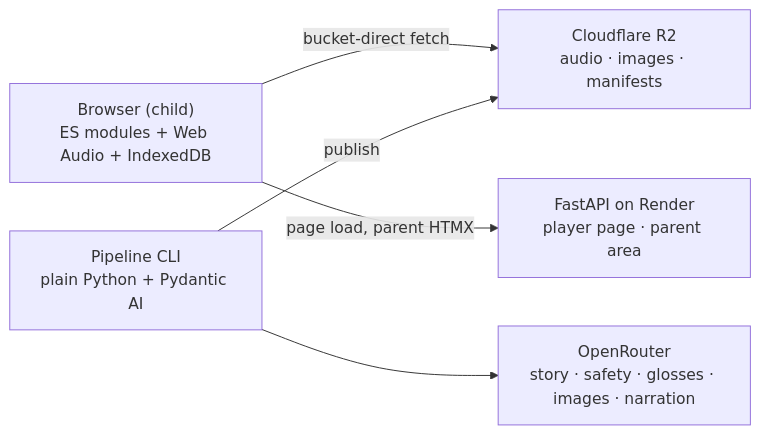
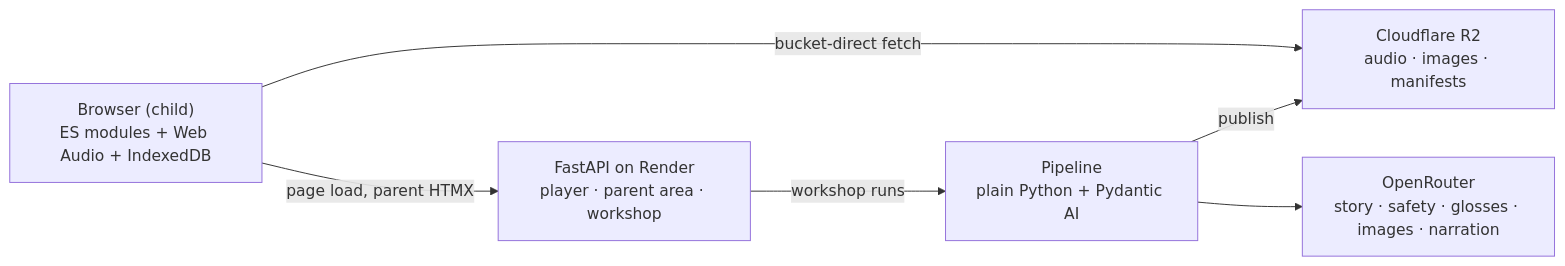
One commit to darth-dodo/cantastorie changed the diagram in README.md. Above: the diagram before and after it, drawn with Mermaid. The commit also changed other lines of this file and 2 other files, not shown here.

````diff
--- a/README.md
+++ b/README.md
@@ -84,13 +90,14 @@
 ```mermaid
 graph LR
     B["Browser (child)<br/>ES modules + Web Audio + IndexedDB"]
     R2["Cloudflare R2<br/>audio · images · manifests"]
-    F["FastAPI on Render<br/>player page · parent area"]
-    P["Pipeline CLI<br/>plain Python + Pydantic AI"]
+    F["FastAPI on Render<br/>player · parent area · workshop"]
+    P["Pipeline<br/>plain Python + Pydantic AI"]
     OR["OpenRouter<br/>story · safety · glosses · images · narration"]
 
     B -- "bucket-direct fetch" --> R2
     B -- "page load, parent HTMX" --> F
+    F -- "workshop runs" --> P
     P -- "publish" --> R2
     P --> OR
 ```
````
